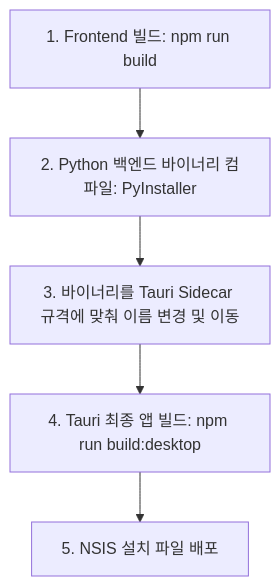
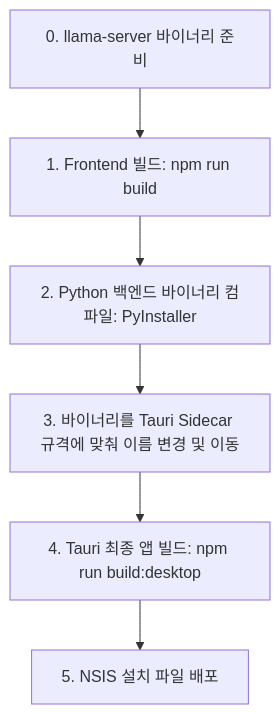
One commit to runefor/local-llm-gws changed the diagram in docs/deployment.md. Above: the diagram before and after it, drawn with Mermaid. The commit also changed other lines of this file and 6 other files, not shown here.

Commit message:
feat: bundle llama-server vulkan binaries and resolve paths dynamically

````diff
--- a/docs/deployment.md
+++ b/docs/deployment.md
@@ -11,7 +11,8 @@
 ```mermaid
 graph TD
-    A[1. Frontend 빌드: npm run build] --> B[2. Python 백엔드 바이너리 컴파일: PyInstaller]
-    B --> C[3. 바이너리를 Tauri Sidecar 규격에 맞춰 이름 변경 및 이동]
-    C --> D[4. Tauri 최종 앱 빌드: npm run build:desktop]
-    D --> E[5. NSIS 설치 파일 배포]
+    A[0. llama-server 바이너리 준비] --> B[1. Frontend 빌드: npm run build]
+    B --> C[2. Python 백엔드 바이너리 컴파일: PyInstaller]
+    C --> D[3. 바이너리를 Tauri Sidecar 규격에 맞춰 이름 변경 및 이동]
+    D --> E[4. Tauri 최종 앱 빌드: npm run build:desktop]
+    E --> F[5. NSIS 설치 파일 배포]
 ```
````
